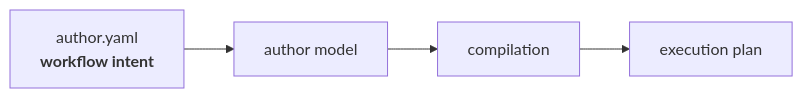
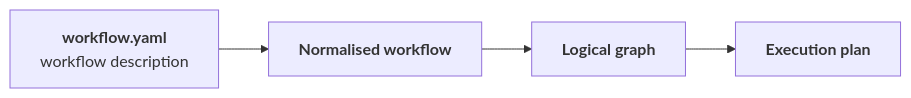
One commit to FAST-HEP/fasthep-flow changed the first of 7 diagrams in docs/authoring/index.md. Above: the diagram before and after it, drawn with Mermaid. The commit also changed other lines of this file and 7 other files, not shown here.

````diff
--- a/docs/authoring/index.md
+++ b/docs/authoring/index.md
@@ -9,9 +12,9 @@
 ```{mermaid}
 flowchart LR
-    Author["author.yaml<br/><b>workflow intent</b>"]
-    Model["author model"]
-    Compile["compilation"]
-    Plan["execution plan"]
+    Workflow["<b>workflow.yaml</b><br/>workflow description"]:::input
+    Normalised["<b>Normalised workflow</b>"]:::flow
+    Graph["<b>Logical graph</b>"]:::flow
+    Plan["<b>Execution plan</b>"]:::plan
 
-    Author --> Model --> Compile --> Plan
+    Workflow --> Normalised --> Graph --> Plan
 ```
````
